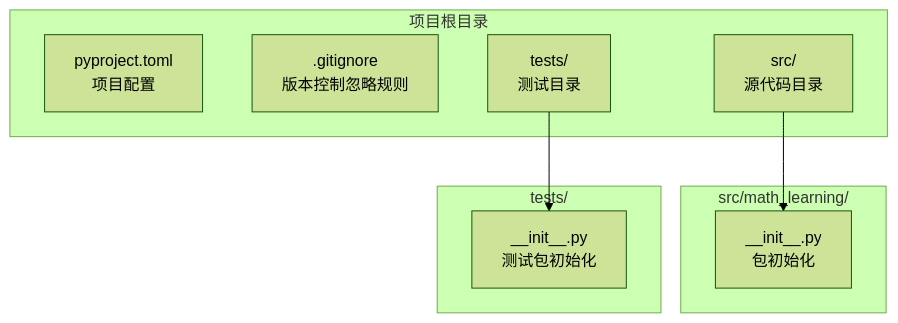
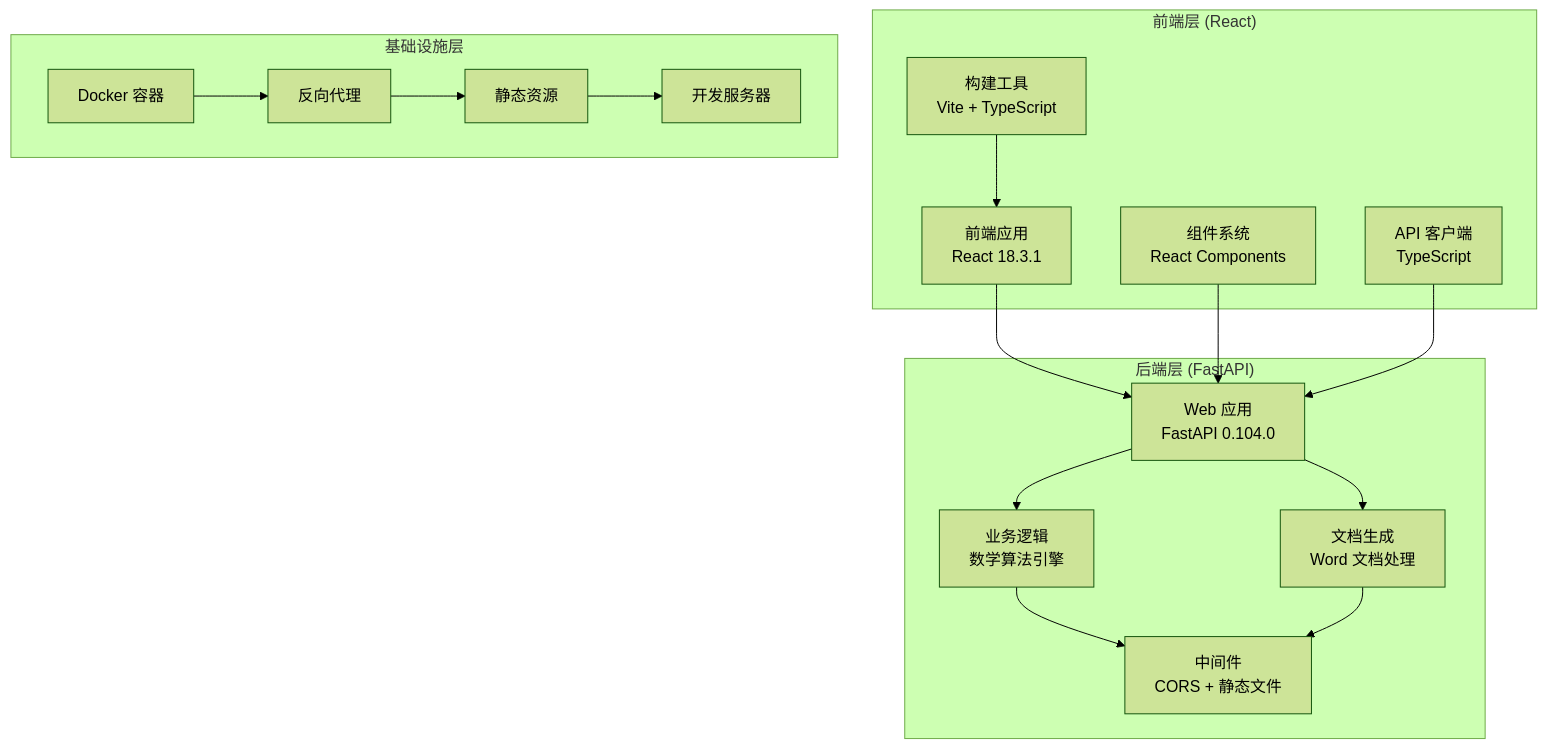
One commit to SimonWHL/math-learning changed the first of 12 diagrams in .qoder/repowiki/zh/content/项目概述.md. Above: the diagram before and after it, drawn with Mermaid (forest theme). The commit also changed other lines of this file and 18 other files, not shown here.

````diff
--- a/.qoder/repowiki/zh/content/项目概述.md
+++ b/.qoder/repowiki/zh/content/项目概述.md
@@ -44,17 +61,32 @@
 ```mermaid
 graph TB
-subgraph "项目根目录"
-A[pyproject.toml<br/>项目配置]
-B[.gitignore<br/>版本控制忽略规则]
-C[src/<br/>源代码目录]
-D[tests/<br/>测试目录]
+subgraph "前端层 (React)"
+A[前端应用<br/>React 18.3.1]
+B[组件系统<br/>React Components]
+C[API 客户端<br/>TypeScript]
+D[构建工具<br/>Vite + TypeScript]
 end
-subgraph "src/math_learning/"
-E[__init__.py<br/>包初始化]
+subgraph "后端层 (FastAPI)"
+E[Web 应用<br/>FastAPI 0.104.0]
+F[业务逻辑<br/>数学算法引擎]
+G[文档生成<br/>Word 文档处理]
+H[中间件<br/>CORS + 静态文件]
 end
-subgraph "tests/"
-F[__init__.py<br/>测试包初始化]
+subgraph "基础设施层"
+I[Docker 容器]
+J[反向代理]
+K[静态资源]
+L[开发服务器]
 end
+A --> E
+B --> E
 C --> E
-D --> F
+D --> A
+E --> F
+E --> G
+F --> H
+G --> H
+I --> J
+J --> K
+K --> L
 ```
````
